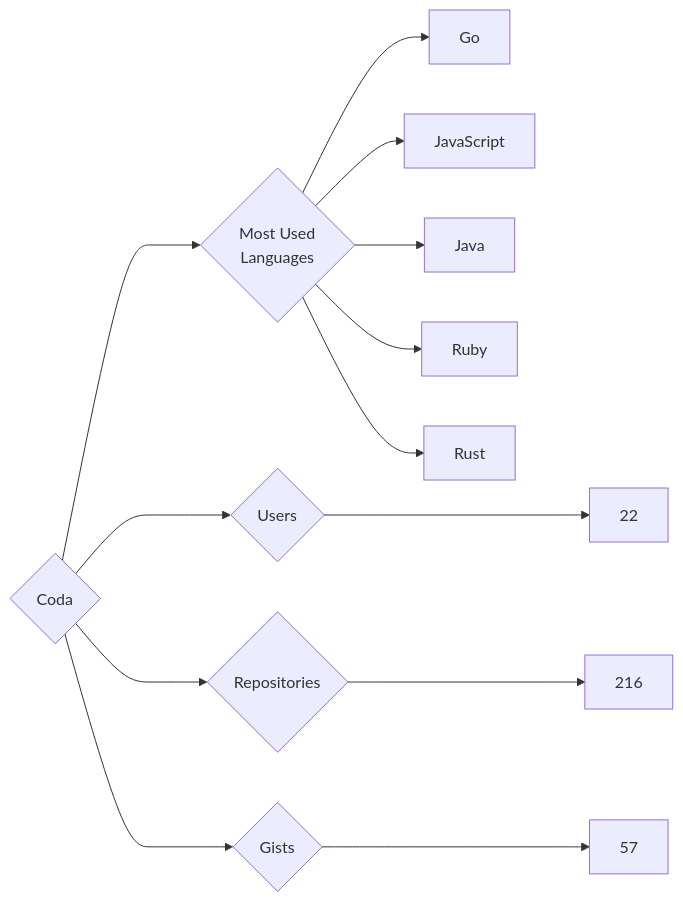
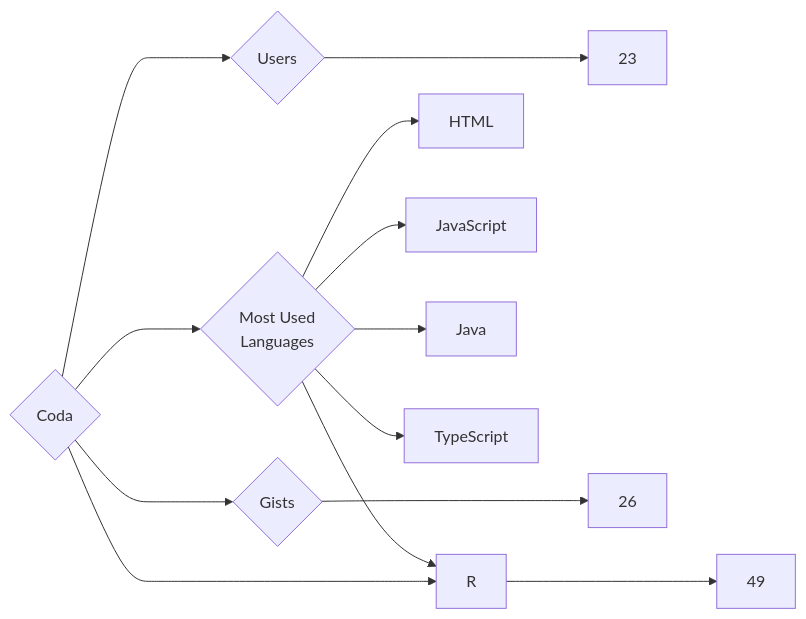
One commit to trickest/insiders changed the diagram in targets/Coda/README.md. Above: the diagram before and after it, drawn with Mermaid. The commit also changed 723 other files, not shown here.

````diff
--- a/targets/Coda/README.md
+++ b/targets/Coda/README.md
@@ -3,13 +3,13 @@
 ```mermaid
 graph LR
 COMPANY_NAME{Coda}
-COMPANY_NAME ---> U{Users} ---> UN[22]
-COMPANY_NAME ---> R{Repositories} ---> RN[216]
-COMPANY_NAME ---> G{Gists} ---> GN[57]
+COMPANY_NAME ---> U{Users} ---> UN[23]
+COMPANY_NAME ---> R{Repositories} ---> RN[49]
+COMPANY_NAME ---> G{Gists} ---> GN[26]
 COMPANY_NAME ---> ML{Most Used<br>Languages}
-ML --> Go[Go]
+ML --> HTML[HTML]
 ML --> JavaScript[JavaScript]
 ML --> Java[Java]
-ML --> Ruby[Ruby]
-ML --> Rust[Rust]
+ML --> TypeScript[TypeScript]
+ML --> R[R]
 ```
````
